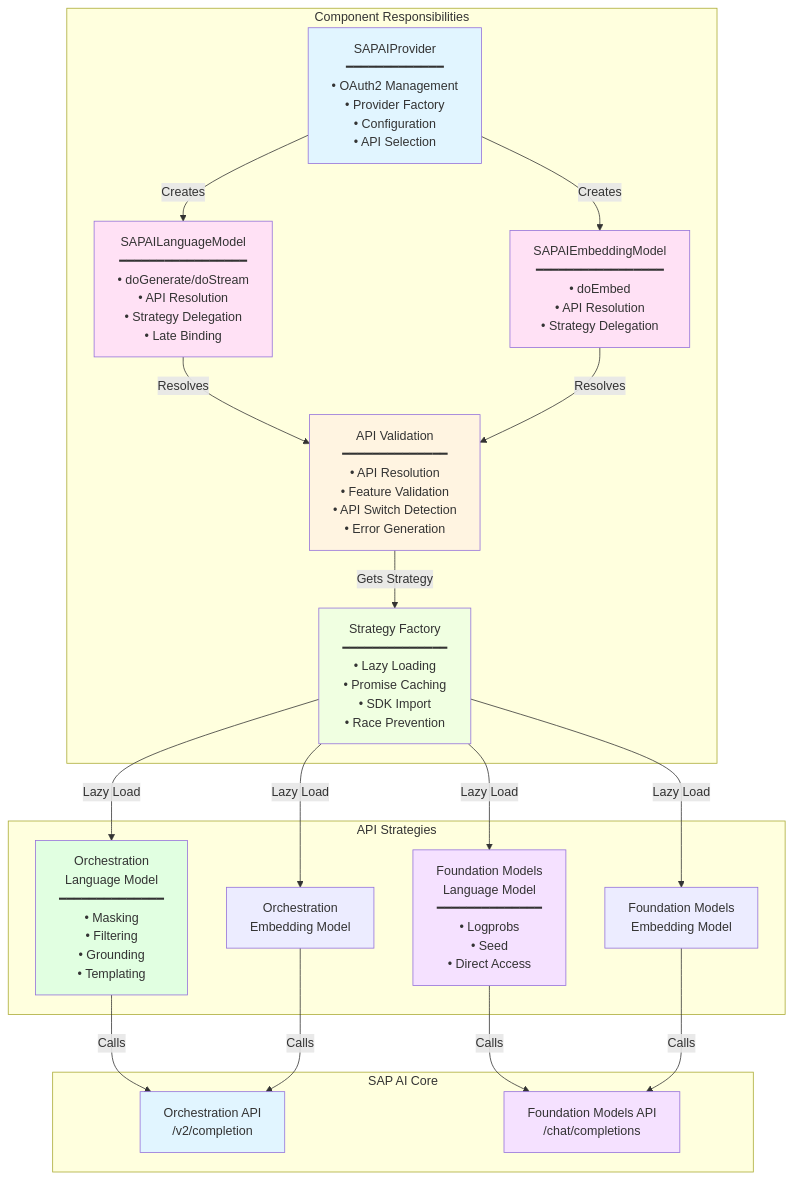
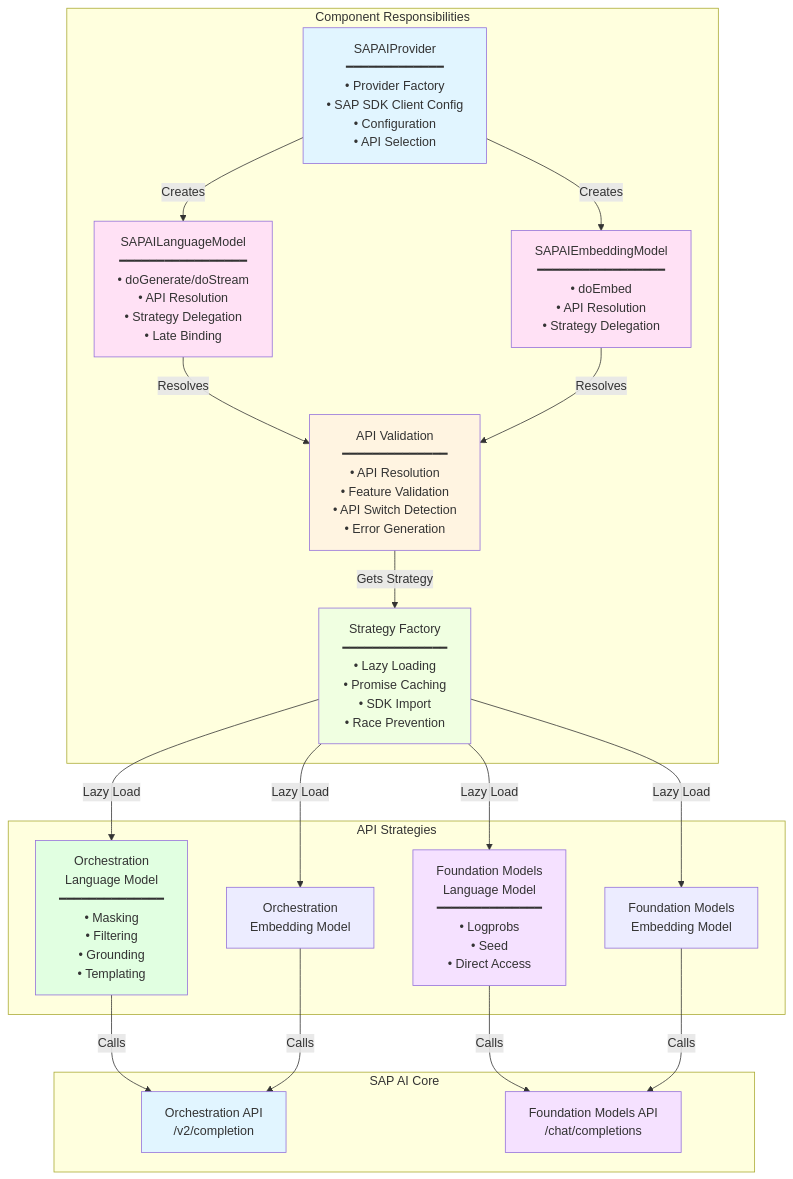
One commit to jerome-benoit/sap-ai-provider changed the third of 11 diagrams in ARCHITECTURE.md. Above: the diagram before and after it, drawn with Mermaid. The commit also changed other lines of this file and 9 other files, not shown here.

````diff
--- a/ARCHITECTURE.md
+++ b/ARCHITECTURE.md
@@ -224,55 +226,55 @@
 ```mermaid
 graph TB
     subgraph "Component Responsibilities"
-        Provider[SAPAIProvider<br/>━━━━━━━━━━━━━<br/>• OAuth2 Management<br/>• Provider Factory<br/>• Configuration<br/>• API Selection]
+        Provider[SAPAIProvider<br/>━━━━━━━━━━━━━<br/>• Provider Factory<br/>• SAP SDK Client Config<br/>• Configuration<br/>• API Selection]
 
         Model[SAPAILanguageModel<br/>━━━━━━━━━━━━━━━━━<br/>• doGenerate/doStream<br/>• API Resolution<br/>• Strategy Delegation<br/>• Late Binding]
 
         Embedding[SAPAIEmbeddingModel<br/>━━━━━━━━━━━━━━━━━<br/>• doEmbed<br/>• API Resolution<br/>• Strategy Delegation]
 
         Validation[API Validation<br/>━━━━━━━━━━━━━━<br/>• API Resolution<br/>• Feature Validation<br/>• API Switch Detection<br/>• Error Generation]
 
         Strategy[Strategy Factory<br/>━━━━━━━━━━━━━━<br/>• Lazy Loading<br/>• Promise Caching<br/>• SDK Import<br/>• Race Prevention]
     end
 
     subgraph "API Strategies"
         OrchLM[Orchestration<br/>Language Model<br/>━━━━━━━━━━━━━━<br/>• Masking<br/>• Filtering<br/>• Grounding<br/>• Templating]
 
         FMLM[Foundation Models<br/>Language Model<br/>━━━━━━━━━━━━━━<br/>• Logprobs<br/>• Seed<br/>• Direct Access]
 
         OrchEM[Orchestration<br/>Embedding Model]
 
         FMEM[Foundation Models<br/>Embedding Model]
     end
 
     subgraph "SAP AI Core"
         OrchAPI[Orchestration API<br/>/v2/completion]
         FMAPI[Foundation Models API<br/>/chat/completions]
     end
 
     Provider -->|Creates| Model
     Provider -->|Creates| Embedding
     Model -->|Resolves| Validation
     Embedding -->|Resolves| Validation
     Validation -->|Gets Strategy| Strategy
 
     Strategy -->|Lazy Load| OrchLM
     Strategy -->|Lazy Load| FMLM
     Strategy -->|Lazy Load| OrchEM
     Strategy -->|Lazy Load| FMEM
 
     OrchLM -->|Calls| OrchAPI
     FMLM -->|Calls| FMAPI
     OrchEM -->|Calls| OrchAPI
     FMEM -->|Calls| FMAPI
 
     style Provider fill:#e1f5ff
     style Model fill:#ffe1f5
     style Embedding fill:#ffe1f5
     style Validation fill:#fff4e1
     style Strategy fill:#f0ffe1
     style OrchLM fill:#e1ffe1
     style FMLM fill:#f5e1ff
     style OrchAPI fill:#e1f5ff
     style FMAPI fill:#f5e1ff
 ```
````
